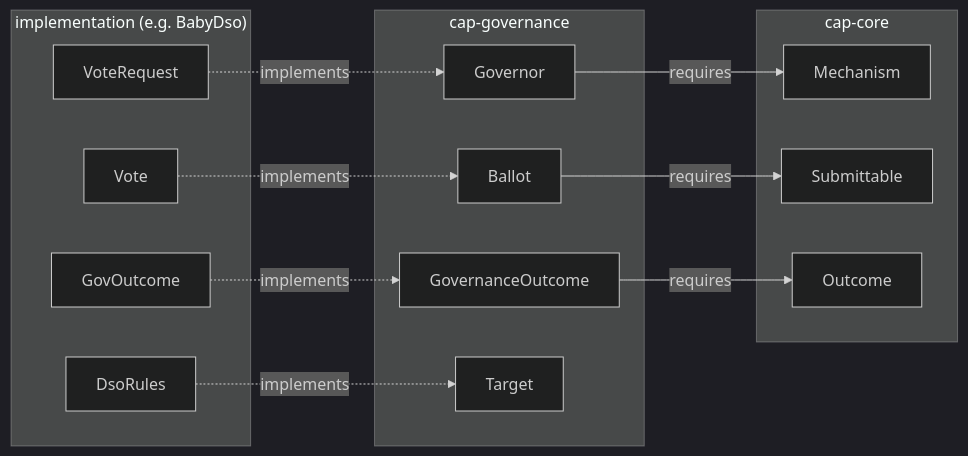
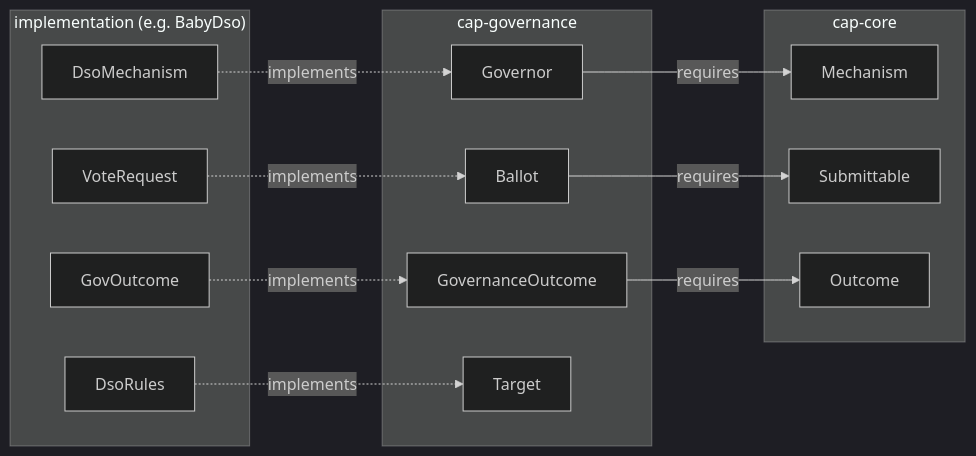
Before and after one commit to unlockitio/concordia: the diagram in DESIGN.md, drawn with Mermaid (dark theme). The commit also changed other lines of this file and 31 other files, not shown here.

````diff
--- a/DESIGN.md
+++ b/DESIGN.md
@@ -17,19 +17,19 @@
 ```mermaid
 flowchart LR
   subgraph impl["implementation (e.g. BabyDso)"]
-    VR[VoteRequest] & V[Vote] & GO[GovOutcome] & DR[DsoRules]
+    DM[DsoMechanism] & VR[VoteRequest] & GO[GovOutcome] & DR[DsoRules]
   end
   subgraph gov[cap-governance]
     Governor & Ballot & GovernanceOutcome & Target
   end
   subgraph core[cap-core]
     Mechanism & Submittable & Outcome
   end
   Governor -->|requires| Mechanism
   Ballot -->|requires| Submittable
   GovernanceOutcome -->|requires| Outcome
-  VR -. implements .-> Governor
-  V -. implements .-> Ballot
+  DM -. implements .-> Governor
+  VR -. implements .-> Ballot
   GO -. implements .-> GovernanceOutcome
   DR -. implements .-> Target
 ```
````
